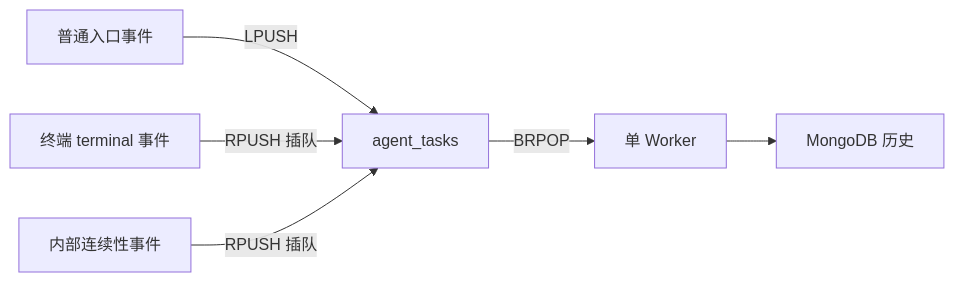
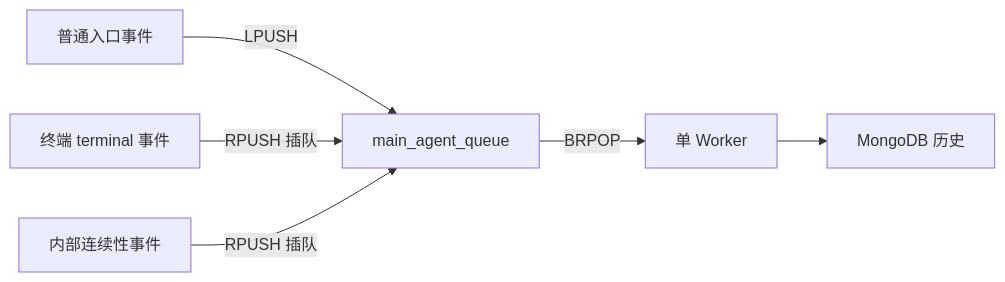
Before and after one commit to g-Ironfox/AAgent: the diagram in docs/08-终端设计.md, drawn with Mermaid. The commit also changed other lines of this file and 32 other files, not shown here.

````diff
--- a/docs/08-终端设计.md
+++ b/docs/08-终端设计.md
@@ -58,8 +58,8 @@
 ```mermaid
 flowchart LR
-    NORMAL["普通入口事件"] -->|"LPUSH"| Q["agent_tasks"]
+    NORMAL["普通入口事件"] -->|"LPUSH"| Q["main_agent_queue"]
     TERMINAL["终端 terminal 事件"] -->|"RPUSH 插队"| Q
     INTERNAL["内部连续性事件"] -->|"RPUSH 插队"| Q
     Q -->|"BRPOP"| WORKER["单 Worker"]
     WORKER --> HISTORY["MongoDB 历史"]
 ```
````
